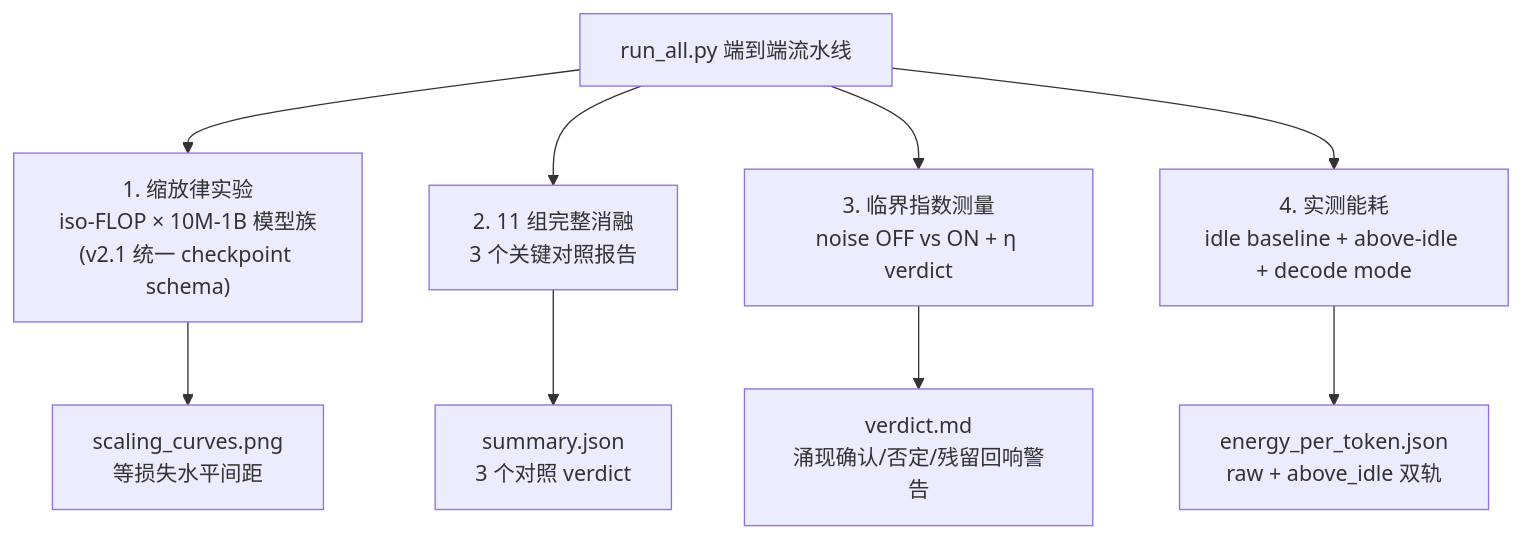
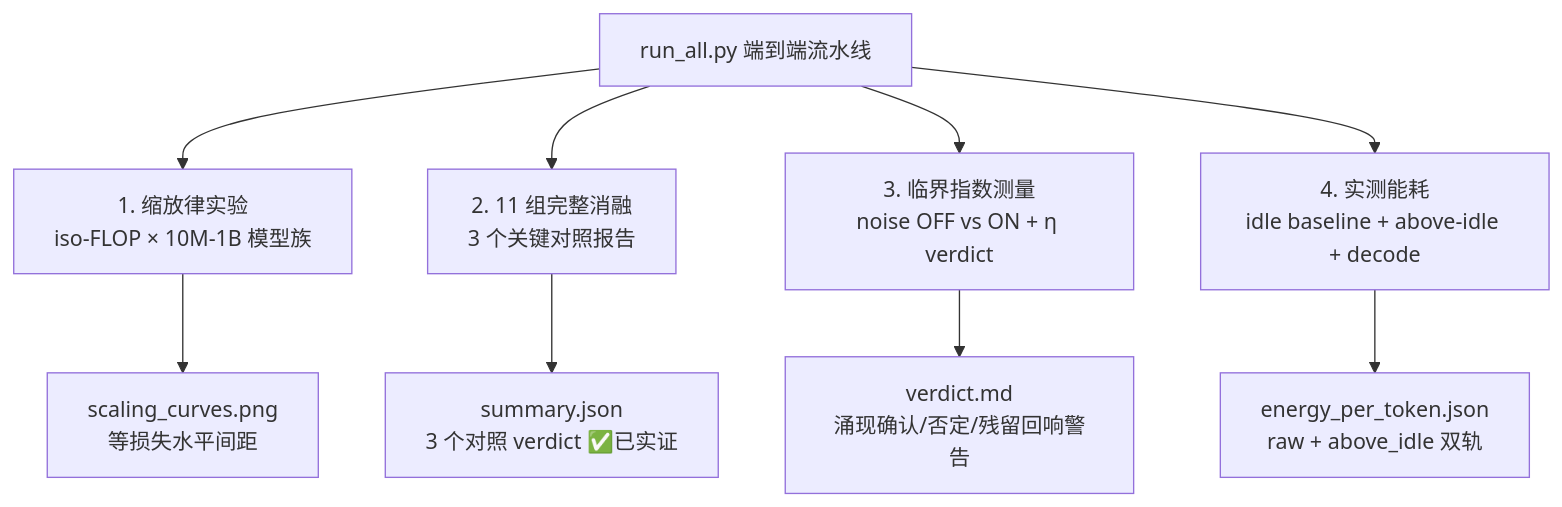
The diagram in README.md (gwailee/uid), drawn with Mermaid before and after one commit. The commit also changed other lines of this file, not shown here.

````diff
--- a/README.md
+++ b/README.md
@@ -445,12 +715,12 @@
 ```mermaid
 flowchart TD
-    A["run_all.py 端到端流水线"] --> B["1. 缩放律实验<br/>iso-FLOP × 10M-1B 模型族<br/>(v2.1 统一 checkpoint schema)"]
+    A["run_all.py 端到端流水线"] --> B["1. 缩放律实验<br/>iso-FLOP × 10M-1B 模型族"]
     A --> C["2. 11 组完整消融<br/>3 个关键对照报告"]
     A --> D["3. 临界指数测量<br/>noise OFF vs ON + η verdict"]
-    A --> E["4. 实测能耗<br/>idle baseline + above-idle + decode mode"]
+    A --> E["4. 实测能耗<br/>idle baseline + above-idle + decode"]
 
     B --> F["scaling_curves.png<br/>等损失水平间距"]
-    C --> G["summary.json<br/>3 个对照 verdict"]
+    C --> G["summary.json<br/>3 个对照 verdict ✅已实证"]
     D --> H["verdict.md<br/>涌现确认/否定/残留回响警告"]
     E --> I["energy_per_token.json<br/>raw + above_idle 双轨"]
 ```
````
